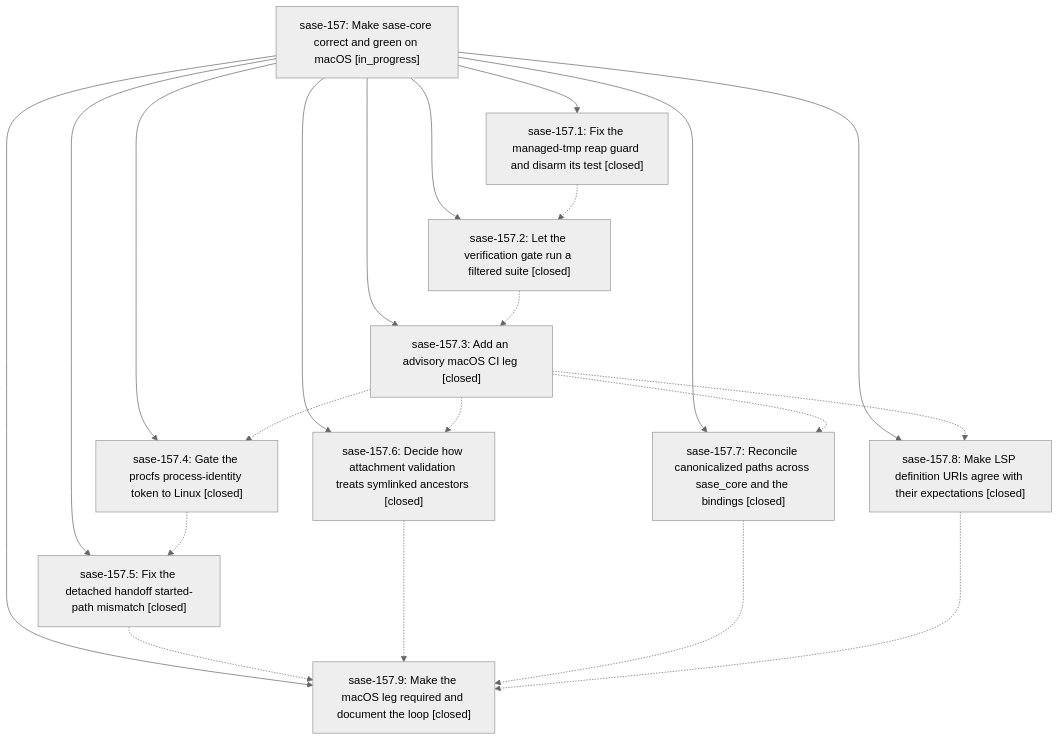
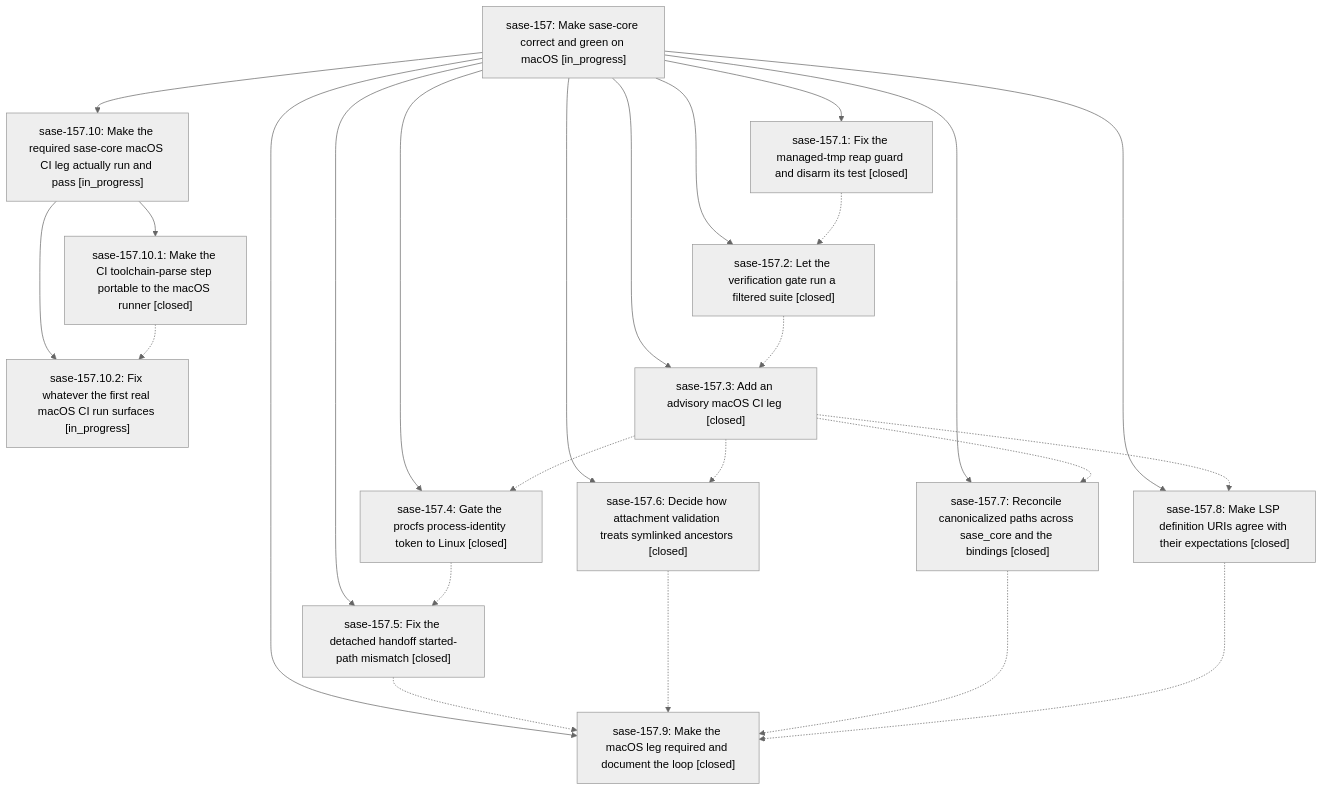
Before and after one commit to sase-org/sase--beads: the diagram in pages/sase-157/README.md, drawn with Mermaid (neutral theme). The commit also changed other lines of this file and 3 other files, not shown here.

````diff
--- a/pages/sase-157/README.md
+++ b/pages/sase-157/README.md
@@ -42,33 +46,40 @@
 ```mermaid
 flowchart TD
     n0["sase-157: Make sase-core correct and green on macOS [in_progress]"]
     n1["sase-157.1: Fix the managed-tmp reap guard and disarm its test [closed]"]
-    n2["sase-157.2: Let the verification gate run a filtered suite [closed]"]
-    n3["sase-157.3: Add an advisory macOS CI leg [closed]"]
-    n4["sase-157.4: Gate the procfs process-identity token to Linux [closed]"]
-    n5["sase-157.5: Fix the detached handoff started-path mismatch [closed]"]
-    n6["sase-157.6: Decide how attachment validation treats symlinked ancestors [closed]"]
-    n7["sase-157.7: Reconcile canonicalized paths across sase_core and the bindings [closed]"]
-    n8["sase-157.8: Make LSP definition URIs agree with their expectations [closed]"]
-    n9["sase-157.9: Make the macOS leg required and document the loop [closed]"]
+    n2["sase-157.10: Make the required sase-core macOS CI leg actually run and pass [in_progress]"]
+    n3["sase-157.10.1: Make the CI toolchain-parse step portable to the macOS runner [closed]"]
+    n4["sase-157.10.2: Fix whatever the first real macOS CI run surfaces [in_progress]"]
+    n5["sase-157.2: Let the verification gate run a filtered suite [closed]"]
+    n6["sase-157.3: Add an advisory macOS CI leg [closed]"]
+    n7["sase-157.4: Gate the procfs process-identity token to Linux [closed]"]
+    n8["sase-157.5: Fix the detached handoff started-path mismatch [closed]"]
+    n9["sase-157.6: Decide how attachment validation treats symlinked ancestors [closed]"]
+    n10["sase-157.7: Reconcile canonicalized paths across sase_core and the bindings [closed]"]
+    n11["sase-157.8: Make LSP definition URIs agree with their expectations [closed]"]
+    n12["sase-157.9: Make the macOS leg required and document the loop [closed]"]
     n0 --> n1
     n0 --> n2
-    n0 --> n3
-    n0 --> n4
+    n2 --> n3
+    n2 --> n4
     n0 --> n5
     n0 --> n6
     n0 --> n7
     n0 --> n8
     n0 --> n9
-    n1 -.-> n2
-    n2 -.-> n3
+    n0 --> n10
+    n0 --> n11
+    n0 --> n12
+    n1 -.-> n5
     n3 -.-> n4
-    n3 -.-> n6
-    n3 -.-> n7
-    n3 -.-> n8
-    n4 -.-> n5
-    n5 -.-> n9
+    n5 -.-> n6
+    n6 -.-> n7
     n6 -.-> n9
-    n7 -.-> n9
-    n8 -.-> n9
+    n6 -.-> n10
+    n6 -.-> n11
+    n7 -.-> n8
+    n8 -.-> n12
+    n9 -.-> n12
+    n10 -.-> n12
+    n11 -.-> n12
 ```
````
